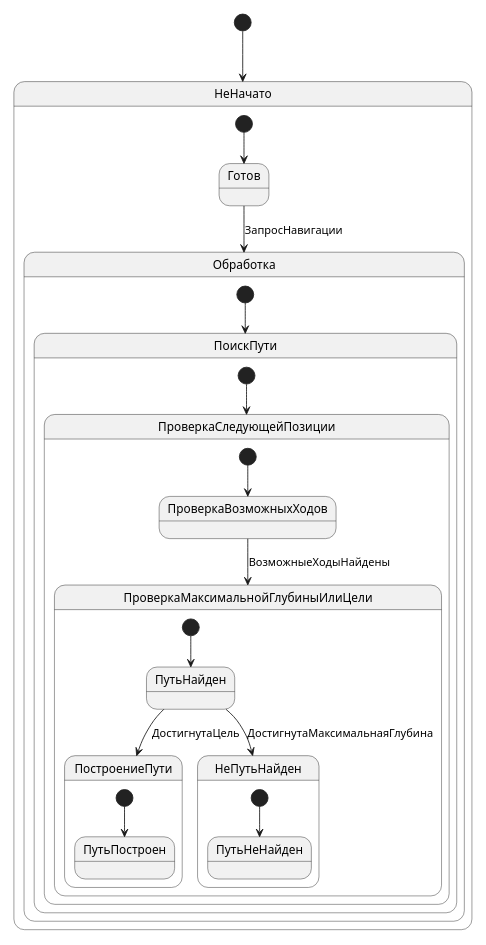
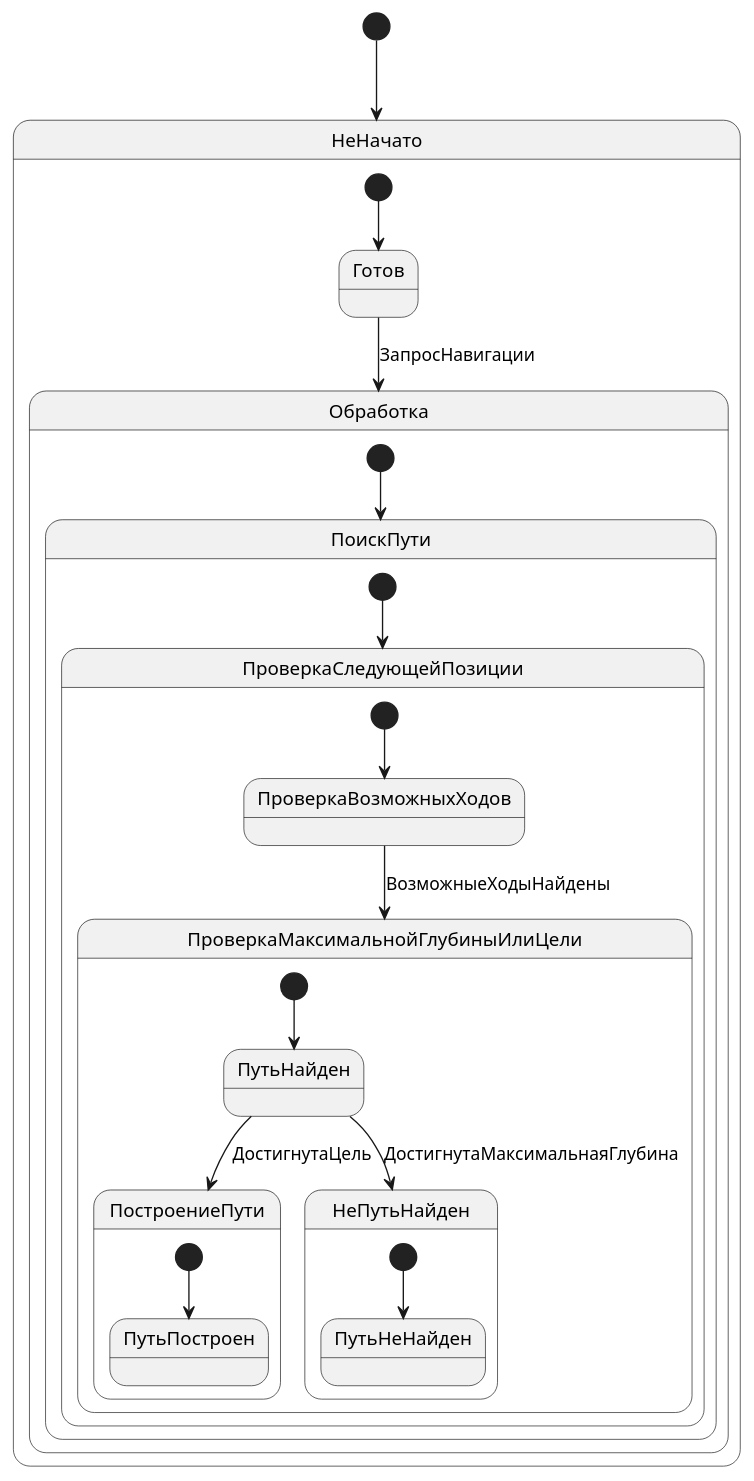
One commit to GeorgiiZaharov/Labirinth-game changed the diagram in docs/diagram_text/navigator_algo.puml. Above: the diagram before and after it, drawn with PlantUML. The commit also changed 2 other files, not shown here.

```diff
--- a/docs/diagram_text/navigator_algo.puml
+++ b/docs/diagram_text/navigator_algo.puml
@@ -1,36 +1,35 @@
 @startuml
-scale 350 width
 [*] --> НеНачато
 
 state НеНачато {
   [*] --> Готов
   Готов --> Обработка : ЗапросНавигации
 }
 
 state Обработка {
   [*] --> ПоискПути
 
   state ПоискПути {
     [*] --> ПроверкаСледующейПозиции
 
     state ПроверкаСледующейПозиции {
       [*] --> ПроверкаВозможныхХодов
       ПроверкаВозможныхХодов --> ПроверкаМаксимальнойГлубиныИлиЦели : ВозможныеХодыНайдены
     }
 
     state ПроверкаМаксимальнойГлубиныИлиЦели {
       [*] --> ПутьНайден
       ПутьНайден --> ПостроениеПути : ДостигнутаЦель
       ПутьНайден --> НеПутьНайден : ДостигнутаМаксимальнаяГлубина
     }
 
     state ПостроениеПути {
       [*] --> ПутьПостроен
     }
 
     state НеПутьНайден {
       [*] --> ПутьНеНайден
     }
   }
 }
 @enduml
```
